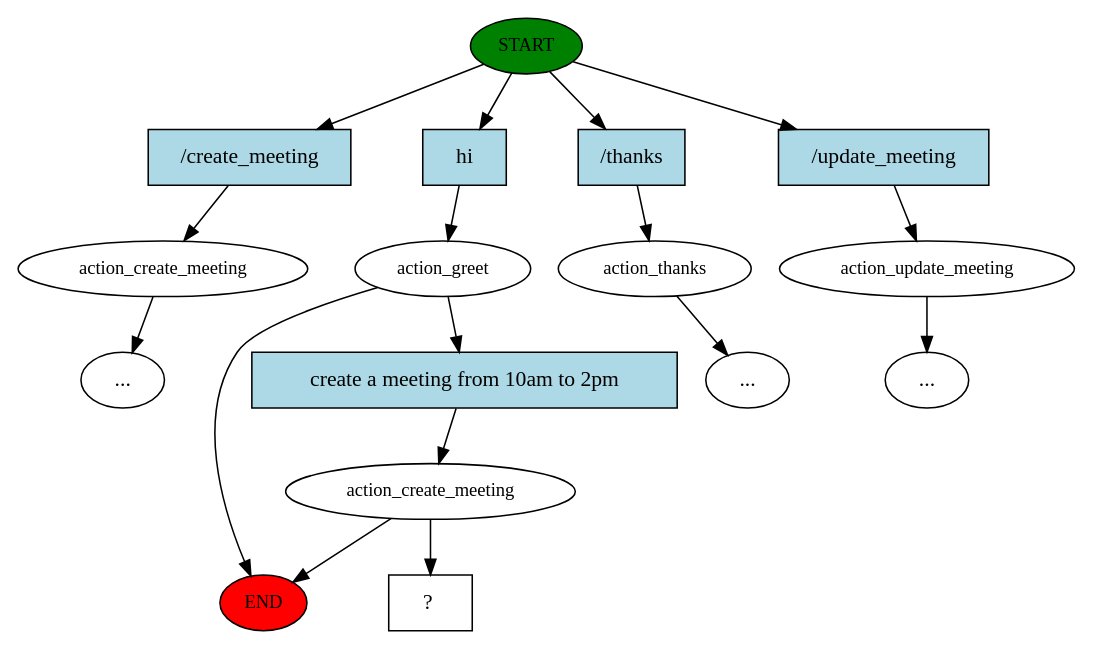
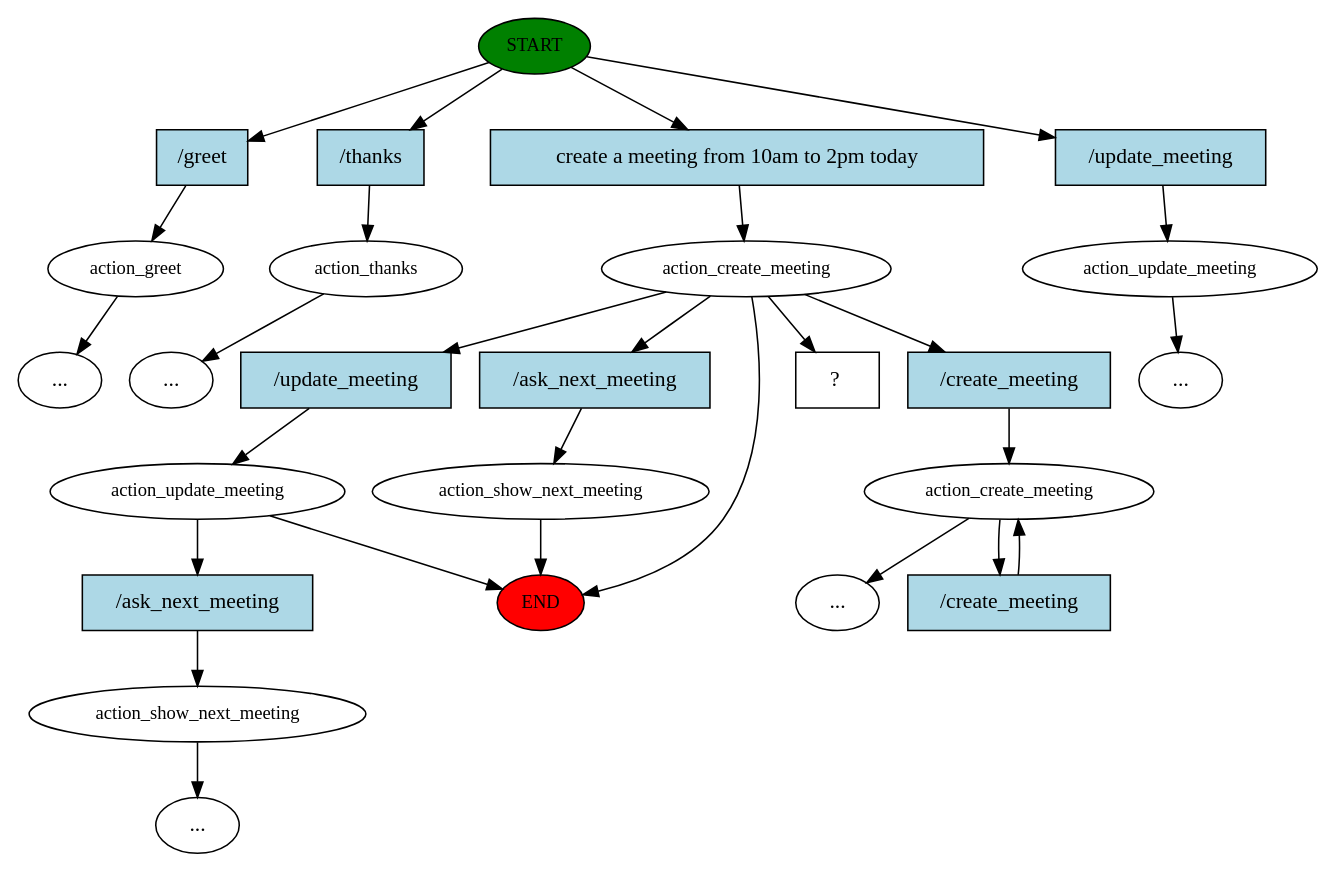
The diagram in rasa.v0.calendar.create_update_action/story_graph.dot (congwmin/rasa-demos), drawn with Graphviz before and after one commit. The commit also changed 30 other files, not shown here.

```diff
--- a/rasa.v0.calendar.create_update_action/story_graph.dot
+++ b/rasa.v0.calendar.create_update_action/story_graph.dot
@@ -1,34 +1,54 @@
 digraph  {
 0 [class="start active", fillcolor=green, fontsize=12, label=START, style=filled];
 "-1" [class=end, fillcolor=red, fontsize=12, label=END, style=filled];
-1 [class="", fontsize=12, label=action_create_meeting];
-2 [class=active, fontsize=12, label=action_greet];
-3 [class="", fontsize=12, label=action_thanks];
+1 [class="", fontsize=12, label=action_greet];
+2 [class="", fontsize=12, label=action_thanks];
 "-4" [class=ellipsis, label="..."];
-6 [class=active, fontsize=12, label=action_create_meeting];
+3 [class=active, fontsize=12, label=action_create_meeting];
+6 [class="", fontsize=12, label=action_create_meeting];
+"-6" [class=ellipsis, label="..."];
 8 [class="", fontsize=12, label=action_update_meeting];
 "-8" [class=ellipsis, label="..."];
+11 [class="", fontsize=12, label=action_update_meeting];
+13 [class="", fontsize=12, label=action_show_next_meeting];
+16 [class="", fontsize=12, label=action_show_next_meeting];
+"-9" [class=ellipsis, label="..."];
 "-10" [class=ellipsis, label="..."];
-14 [class="intent dashed active", label="  ?  ", shape=rect];
-15 [class=intent, fillcolor=lightblue, label="\/create_meeting", shape=rect, style=filled];
-16 [class="intent active", fillcolor=lightblue, label=hi, shape=rect, style=filled];
-17 [class=intent, fillcolor=lightblue, label="\/thanks", shape=rect, style=filled];
-18 [class=intent, fillcolor=lightblue, label="\/update_meeting", shape=rect, style=filled];
-19 [class="intent active", fillcolor=lightblue, label="create\ a\ meeting\ from\ 10am\ to\ 2pm", shape=rect, style=filled];
-0 -> 15  [class="", key=0];
-0 -> 16  [class=active, key=0];
-0 -> 17  [class="", key=0];
-0 -> 18  [class="", key=0];
+19 [class="intent dashed active", label="  ?  ", shape=rect];
+20 [class=intent, fillcolor=lightblue, label="\/greet", shape=rect, style=filled];
+21 [class=intent, fillcolor=lightblue, label="\/thanks", shape=rect, style=filled];
+22 [class="intent active", fillcolor=lightblue, label="create\ a\ meeting\ from\ 10am\ to\ 2pm\ today", shape=rect, style=filled];
+23 [class=intent, fillcolor=lightblue, label="\/update_meeting", shape=rect, style=filled];
+24 [class=intent, fillcolor=lightblue, label="\/create_meeting", shape=rect, style=filled];
+25 [class=intent, fillcolor=lightblue, label="\/update_meeting", shape=rect, style=filled];
+26 [class=intent, fillcolor=lightblue, label="\/ask_next_meeting", shape=rect, style=filled];
+27 [class=intent, fillcolor=lightblue, label="\/create_meeting", shape=rect, style=filled];
+28 [class=intent, fillcolor=lightblue, label="\/ask_next_meeting", shape=rect, style=filled];
+0 -> 20  [class="", key=0];
+0 -> 21  [class="", key=0];
+0 -> 22  [class=active, key=0];
+0 -> 23  [class="", key=0];
 1 -> "-10"  [class="", key=NONE, label=""];
-2 -> "-1"  [class="", key=NONE, label=""];
-2 -> 19  [class=active, key=0];
-3 -> "-4"  [class="", key=NONE, label=""];
-6 -> "-1"  [class="", key=NONE, label=""];
-6 -> 14  [class=active, key=NONE, label=""];
+2 -> "-4"  [class="", key=NONE, label=""];
+3 -> "-1"  [class="", key=NONE, label=""];
+3 -> 19  [class=active, key=NONE, label=""];
+3 -> 24  [class="", key=0];
+3 -> 25  [class="", key=0];
+3 -> 26  [class="", key=0];
+6 -> "-6"  [class="", key=NONE, label=""];
+6 -> 27  [class="", key=0];
 8 -> "-8"  [class="", key=NONE, label=""];
-15 -> 1  [class="", key=0];
-16 -> 2  [class=active, key=0];
-17 -> 3  [class="", key=0];
-18 -> 8  [class="", key=0];
-19 -> 6  [class=active, key=0];
+11 -> "-1"  [class="", key=NONE, label=""];
+11 -> 28  [class="", key=0];
+13 -> "-1"  [class="", key=NONE, label=""];
+16 -> "-9"  [class="", key=NONE, label=""];
+20 -> 1  [class="", key=0];
+21 -> 2  [class="", key=0];
+22 -> 3  [class=active, key=0];
+23 -> 8  [class="", key=0];
+24 -> 6  [class="", key=0];
+25 -> 11  [class="", key=0];
+26 -> 13  [class="", key=0];
+27 -> 6  [class="", key=0];
+28 -> 16  [class="", key=0];
 }
```
